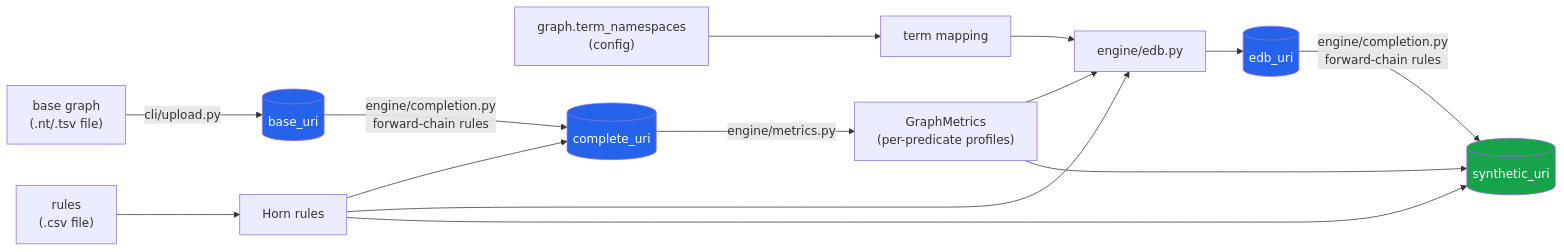
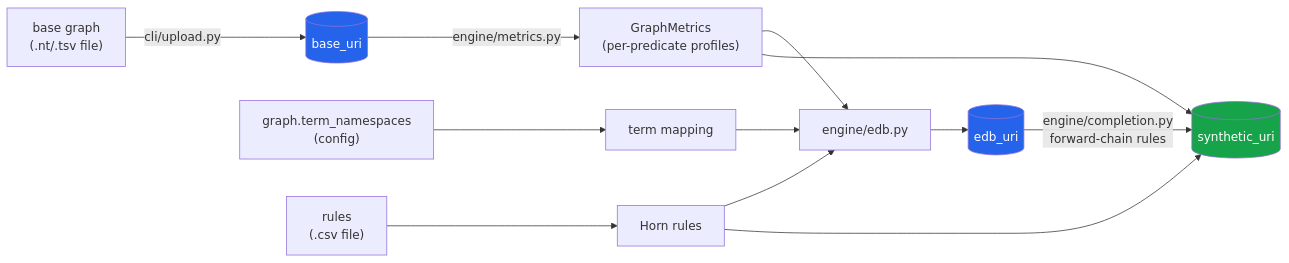
The first of 2 diagrams in docs/architecture.md (DavidGomez00/synthetic-knowledge-graph-generator), drawn with Mermaid before and after one commit. The commit also changed other lines of this file and 13 other files, not shown here.

First line of the commit message:
Make upload.py upload only; drop graph.complete_uri

````diff
--- a/docs/architecture.md
+++ b/docs/architecture.md
@@ -9,25 +9,21 @@
 ```mermaid
 flowchart LR
     NT["base graph<br/>(.nt/.tsv file)"] -->|cli/upload.py| BASE[("base_uri")]
     ONTO["graph.term_namespaces<br/>(config)"] --> TERM["term mapping"]
     RULES["rules<br/>(.csv file)"] --> HORN["Horn rules"]
 
-    BASE -->|"engine/completion.py<br/>forward-chain rules"| COMPLETE[("complete_uri")]
-    HORN --> COMPLETE
-
-    COMPLETE -->|engine/metrics.py| METRICS["GraphMetrics<br/>(per-predicate profiles)"]
+    BASE -->|engine/metrics.py| METRICS["GraphMetrics<br/>(per-predicate profiles)"]
 
     METRICS --> EDBGEN
     HORN --> EDBGEN
     TERM --> EDBGEN
     EDBGEN["engine/edb.py"] --> EDB[("edb_uri")]
 
     EDB -->|"engine/completion.py<br/>forward-chain rules"| SYN[("synthetic_uri")]
     HORN --> SYN
     METRICS --> SYN
 
     style BASE fill:#2563eb,color:#fff
-    style COMPLETE fill:#2563eb,color:#fff
     style EDB fill:#2563eb,color:#fff
     style SYN fill:#16a34a,color:#fff
 ```
````
